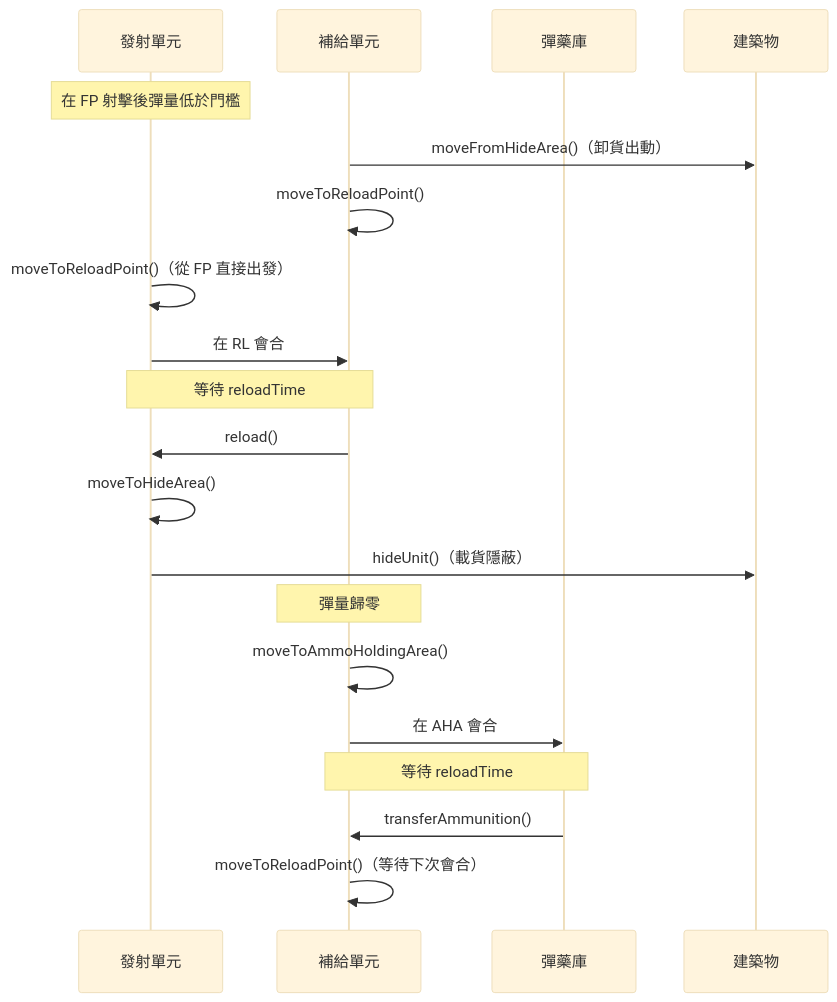
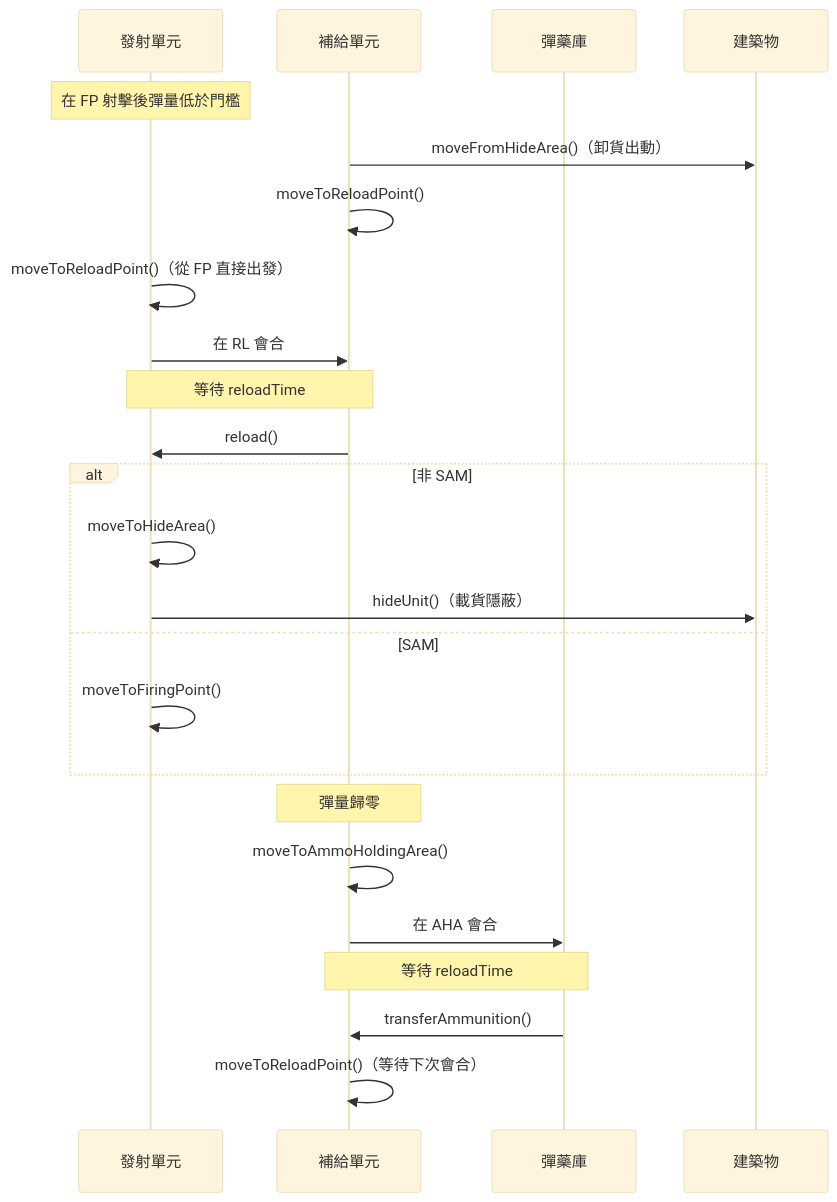
The fourth of 5 diagrams in docs/missileSystem.md (pullupjumper/formosa-in-flames), drawn with Mermaid (base theme) before and after one commit. The commit also changed other lines of this file and 25 other files, not shown here.

````diff
--- a/docs/missileSystem.md
+++ b/docs/missileSystem.md
@@ -132,26 +133,30 @@
 ```mermaid
 sequenceDiagram
     participant FU as 發射單元
     participant RU as 補給單元
     participant AD as 彈藥庫
     participant BLDG as 建築物
 
     Note over FU: 在 FP 射擊後彈量低於門檻
     RU->>BLDG: moveFromHideArea()（卸貨出動）
     RU->>RU: moveToReloadPoint()
     FU->>FU: moveToReloadPoint()（從 FP 直接出發）
     FU->>RU: 在 RL 會合
 
     Note over FU,RU: 等待 reloadTime
     RU->>FU: reload()
-    FU->>FU: moveToHideArea()
-    FU->>BLDG: hideUnit()（載貨隱蔽）
+    alt 非 SAM
+        FU->>FU: moveToHideArea()
+        FU->>BLDG: hideUnit()（載貨隱蔽）
+    else SAM
+        FU->>FU: moveToFiringPoint()
+    end
 
     Note over RU: 彈量歸零
     RU->>RU: moveToAmmoHoldingArea()
     RU->>AD: 在 AHA 會合
 
     Note over RU,AD: 等待 reloadTime
     AD->>RU: transferAmmunition()
     RU->>RU: moveToReloadPoint()（等待下次會合）
 ```
````
